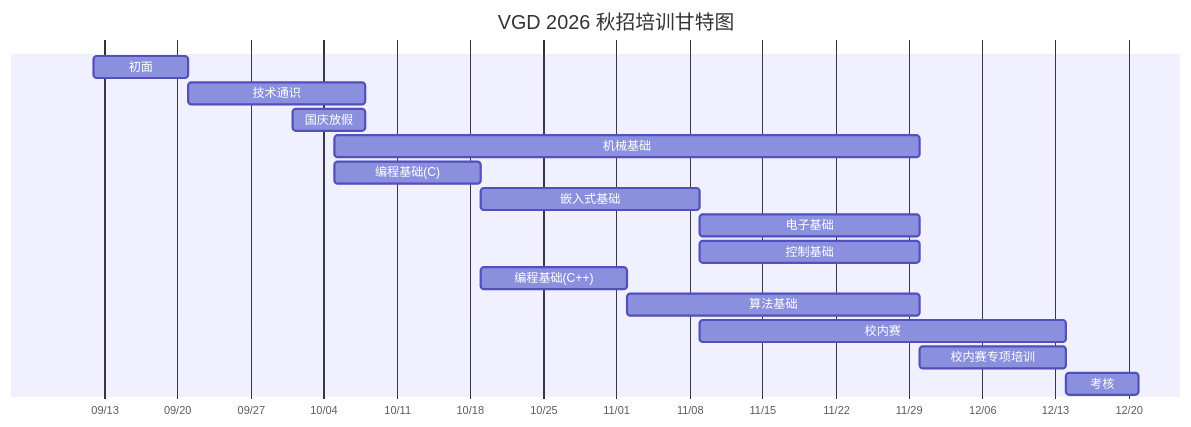
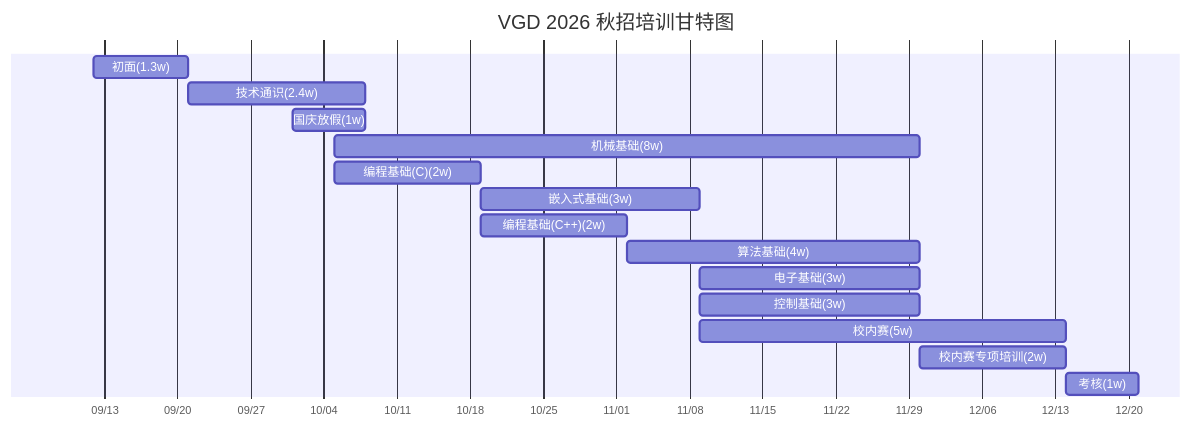
One commit to chuvgd/chuvgd-wiki changed the diagram in training.md. Above: the diagram before and after it, drawn with Mermaid. The commit also changed other lines of this file, not shown here.

Commit message:
docs: update training

````diff
--- a/training.md
+++ b/training.md
@@ -105,21 +105,20 @@
 ```mermaid
 gantt
     title VGD 2026 秋招培训甘特图
     dateFormat YYYY-MM-DD
     axisFormat %m/%d
-    todayMarker off
 
-    初面: 2026-09-12, 9d
-    技术通识: 2026-09-21, 17d
-    国庆放假: 2026-10-01, 7d
-    机械基础: 2026-10-05, 56d
-    编程基础(C): 2026-10-05, 14d
-    嵌入式基础: 2026-10-19, 21d
-    电子基础: 2026-11-09, 21d
-    控制基础: 2026-11-09, 21d
-    编程基础(C++): 2026-10-19, 14d
-    算法基础: 2026-11-02, 28d
-    校内赛: 2026-11-09, 35d
-    校内赛专项培训: 2026-11-30, 14d
-    考核: 2026-12-14, 7d
+    初面(1.3w): 2026-09-12, 9d
+    技术通识(2.4w): 2026-09-21, 17d
+    国庆放假(1w): 2026-10-01, 7d
+    机械基础(8w): 2026-10-05, 56d
+    编程基础(C)(2w): 2026-10-05, 14d
+    嵌入式基础(3w): 2026-10-19, 21d
+    编程基础(C++)(2w): 2026-10-19, 14d
+    算法基础(4w): 2026-11-02, 28d
+    电子基础(3w): 2026-11-09, 21d
+    控制基础(3w): 2026-11-09, 21d
+    校内赛(5w): 2026-11-09, 35d
+    校内赛专项培训(2w): 2026-11-30, 14d
+    考核(1w): 2026-12-14, 7d
 ```
````
